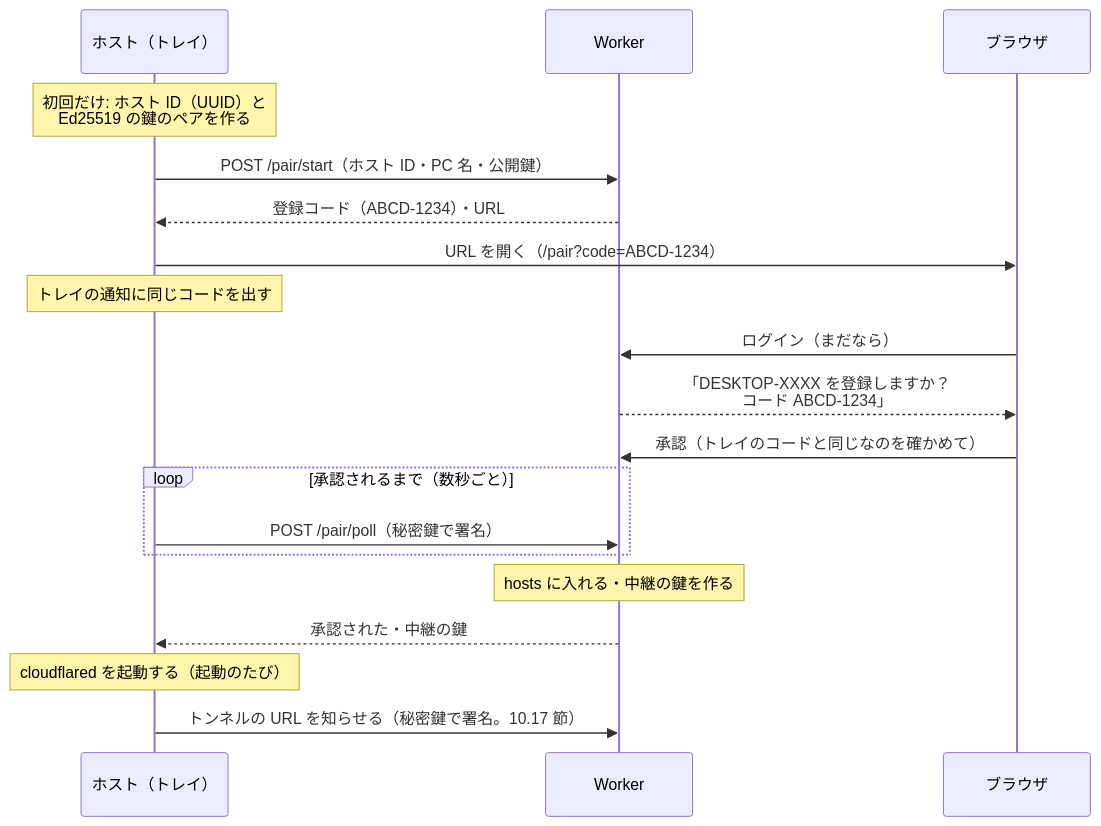
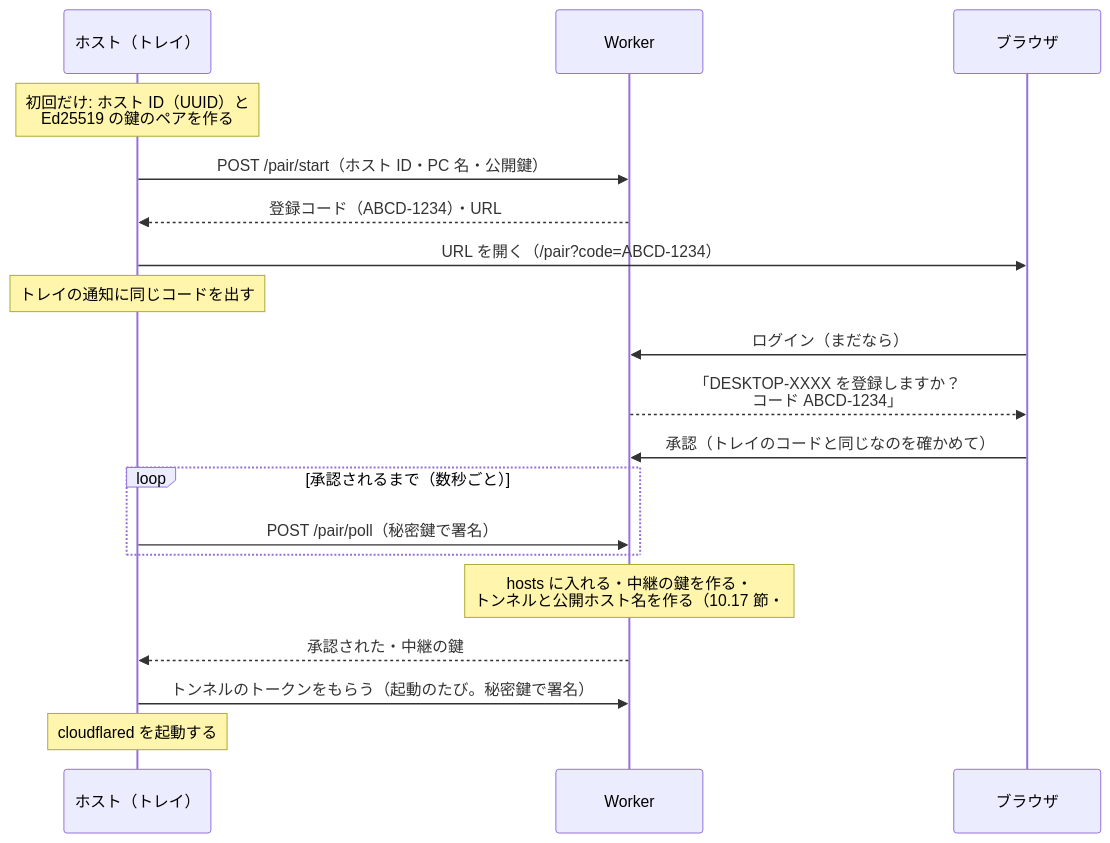
One commit to Studio-Takumi/remote-whisper changed the second of 3 diagrams in docs/spec/cloud.md. Above: the diagram before and after it, drawn with Mermaid. The commit also changed other lines of this file, not shown here.

````diff
--- a/docs/spec/cloud.md
+++ b/docs/spec/cloud.md
@@ -97,21 +97,21 @@
 ```mermaid
 sequenceDiagram
     participant T as ホスト（トレイ）
     participant W as Worker
     participant B as ブラウザ
     Note over T: 初回だけ: ホスト ID（UUID）と<br/>Ed25519 の鍵のペアを作る
     T->>W: POST /pair/start（ホスト ID・PC 名・公開鍵）
     W-->>T: 登録コード（ABCD-1234）・URL
     T->>B: URL を開く（/pair?code=ABCD-1234）
     Note over T: トレイの通知に同じコードを出す
     B->>W: ログイン（まだなら）
     W-->>B: 「DESKTOP-XXXX を登録しますか？<br/>コード ABCD-1234」
     B->>W: 承認（トレイのコードと同じなのを確かめて）
     loop 承認されるまで（数秒ごと）
         T->>W: POST /pair/poll（秘密鍵で署名）
     end
-    Note over W: hosts に入れる・中継の鍵を作る
+    Note over W: hosts に入れる・中継の鍵を作る・<br/>トンネルと公開ホスト名を作る（10.17 節・#159）
     W-->>T: 承認された・中継の鍵
-    Note over T: cloudflared を起動する（起動のたび）
-    T->>W: トンネルの URL を知らせる（秘密鍵で署名。10.17 節）
+    T->>W: トンネルのトークンをもらう（起動のたび。秘密鍵で署名）
+    Note over T: cloudflared を起動する
 ```
````
